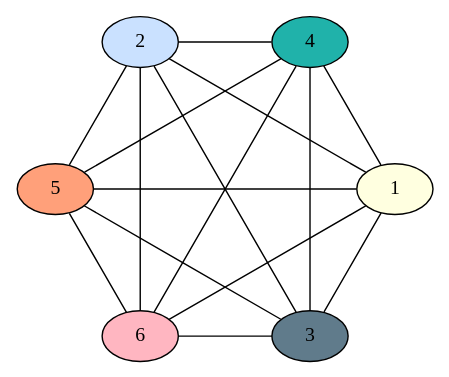
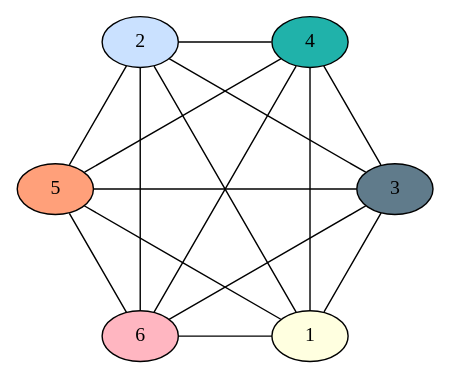
Before and after one commit to tangerine715/ICS46_project5: the diagram in tst/graphs/complete_6.dot, drawn with Graphviz. The commit also changed 3 other files, not shown here.

```diff
--- a/tst/graphs/complete_6.dot
+++ b/tst/graphs/complete_6.dot
@@ -1,24 +1,24 @@
 graph {
 graph [layout=circo]
+1 [style="filled", fillcolor=lightyellow1]
 3 [style="filled", fillcolor=lightskyblue4]
-1 [style="filled", fillcolor=lightyellow1]
 5 [style="filled", fillcolor=lightsalmon]
 2 [style="filled", fillcolor=lightsteelblue1]
 4 [style="filled", fillcolor=lightseagreen]
 6 [style="filled", fillcolor=lightpink]
+1 -- 6
+1 -- 4
+1 -- 5
+1 -- 3
+1 -- 2
 3 -- 6
 3 -- 4
 3 -- 2
 3 -- 5
-3 -- 1
-1 -- 6
-1 -- 4
-1 -- 5
-1 -- 2
 5 -- 6
 5 -- 4
 5 -- 2
 2 -- 6
 2 -- 4
 4 -- 6
 }
```
